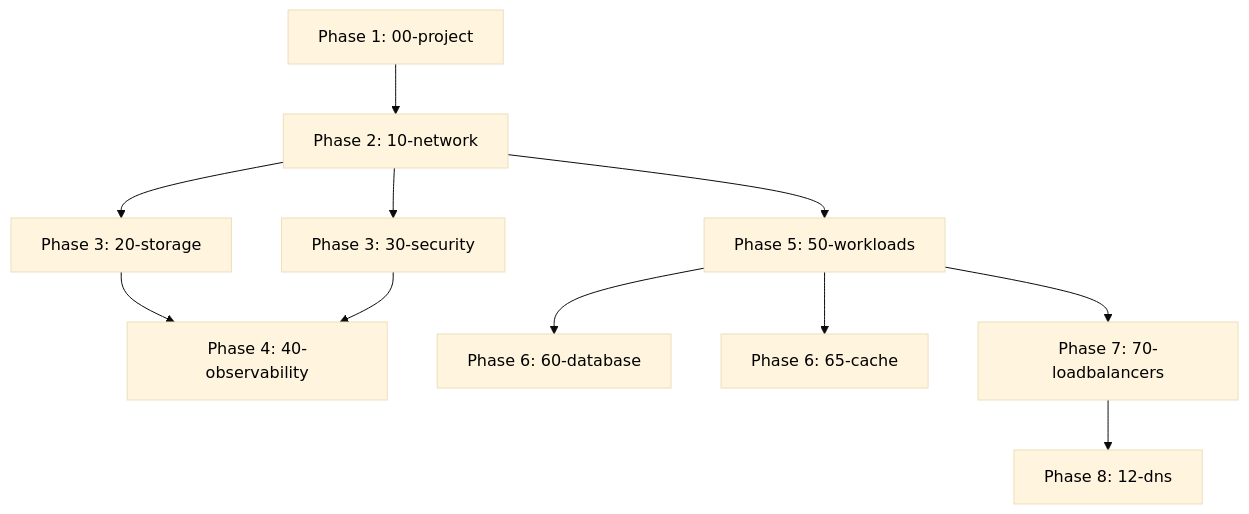
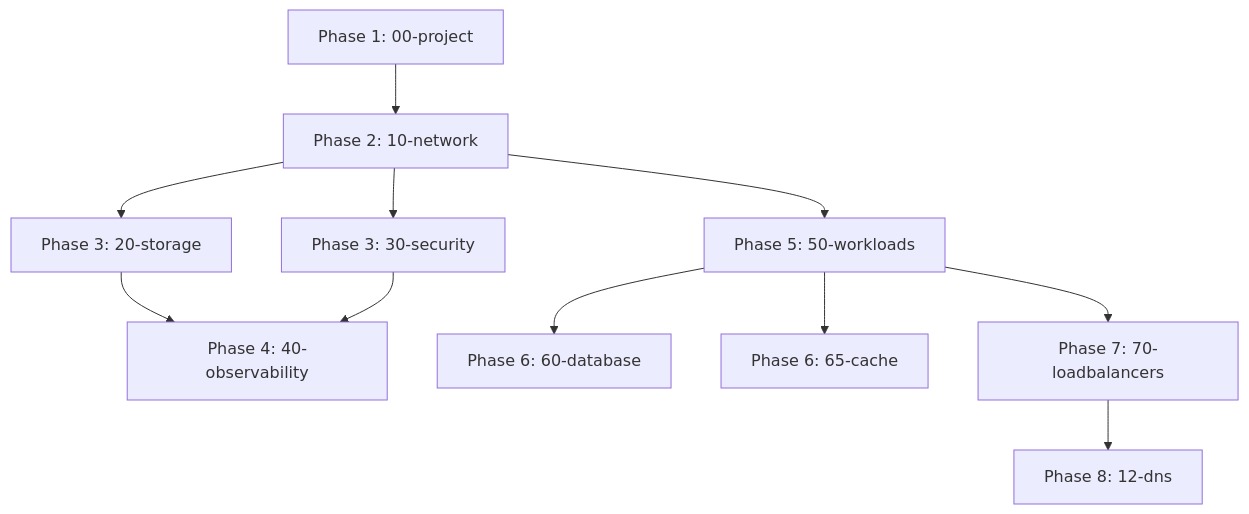
Before and after one commit to JSJ2337/GCP_terraform_code: the diagram in terraform_gcp_infra/docs/guides/terragrunt-usage.md, drawn with Mermaid. The commit also changed 5 other files, not shown here.

First line of the commit message:
fix: Mermaid 다이어그램 테마를 default로 변경 및 단순화

````diff
--- a/terraform_gcp_infra/docs/guides/terragrunt-usage.md
+++ b/terraform_gcp_infra/docs/guides/terragrunt-usage.md
@@ -270,14 +270,14 @@
 ```mermaid
-%%{init: {'theme': 'base', 'themeVariables': { 'primaryTextColor': '#000000' }}}%%
+%%{init: {'theme': 'default'}}%%
 graph TD
     P1[Phase 1: 00-project] --> P2[Phase 2: 10-network]
     P2 --> P3A[Phase 3: 20-storage]
     P2 --> P3B[Phase 3: 30-security]
     P3A --> P4[Phase 4: 40-observability]
     P3B --> P4
     P2 --> P5[Phase 5: 50-workloads]
     P5 --> P6A[Phase 6: 60-database]
     P5 --> P6B[Phase 6: 65-cache]
     P5 --> P7[Phase 7: 70-loadbalancers]
     P7 --> P8[Phase 8: 12-dns]
 ```
````
